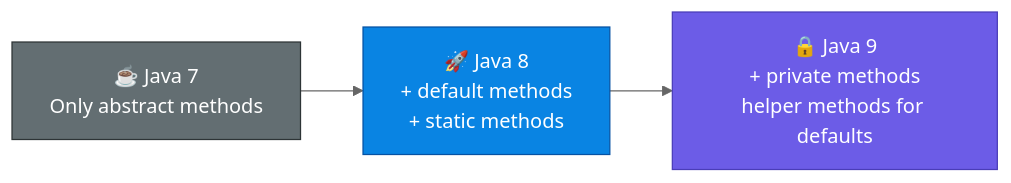
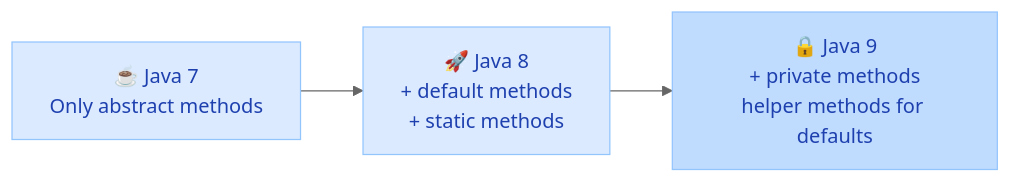
Before and after one commit to saivamsikaruturi/vamsilabs-dev-notes-main: the second of 2 diagrams in docs/java/Interfaces.md, drawn with Mermaid (neutral theme). The commit also changed other lines of this file and 220 other files, not shown here.

First line of the commit message:
Add 50+ new Java/Spring Boot pages, rewrite CSS code blocks to Oracle style, fix all diagram colors

````diff
--- a/docs/java/Interfaces.md
+++ b/docs/java/Interfaces.md
@@ -129,8 +129,8 @@
 ```mermaid
 graph LR
     J7["☕ Java 7<br/>Only abstract methods"] --> J8["🚀 Java 8<br/>+ default methods<br/>+ static methods"] --> J9["🔒 Java 9<br/>+ private methods<br/>helper methods for defaults"]
 
-    style J7 fill:#636e72,stroke:#2d3436,color:#fff
-    style J8 fill:#0984e3,stroke:#0652a3,color:#fff
-    style J9 fill:#6c5ce7,stroke:#4a3db8,color:#fff
+    style J7 fill:#DBEAFE,stroke:#93C5FD,color:#1E40AF
+    style J8 fill:#DBEAFE,stroke:#93C5FD,color:#1E40AF
+    style J9 fill:#BFDBFE,stroke:#93C5FD,color:#1E40AF
 ```
````
